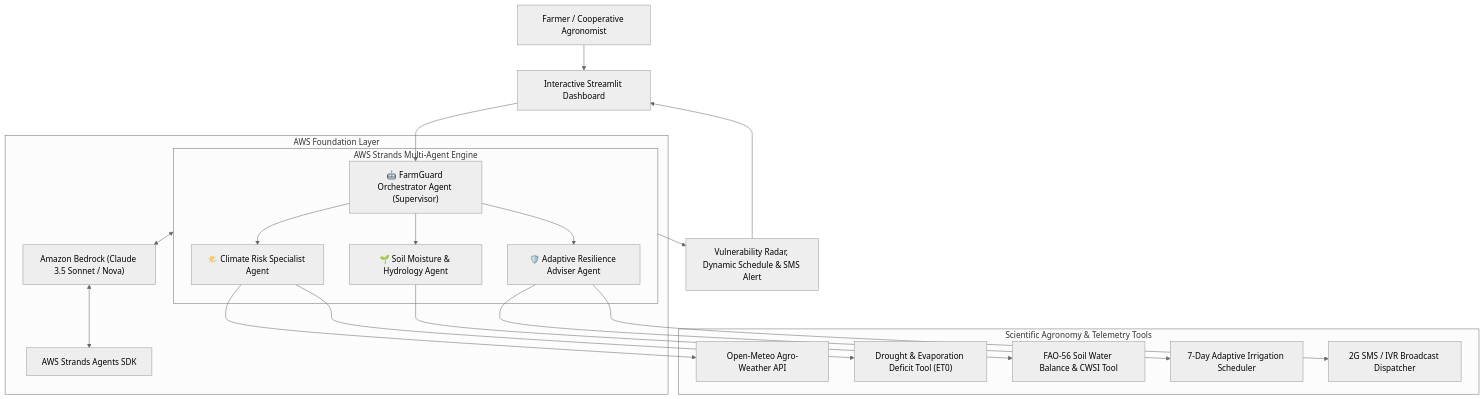
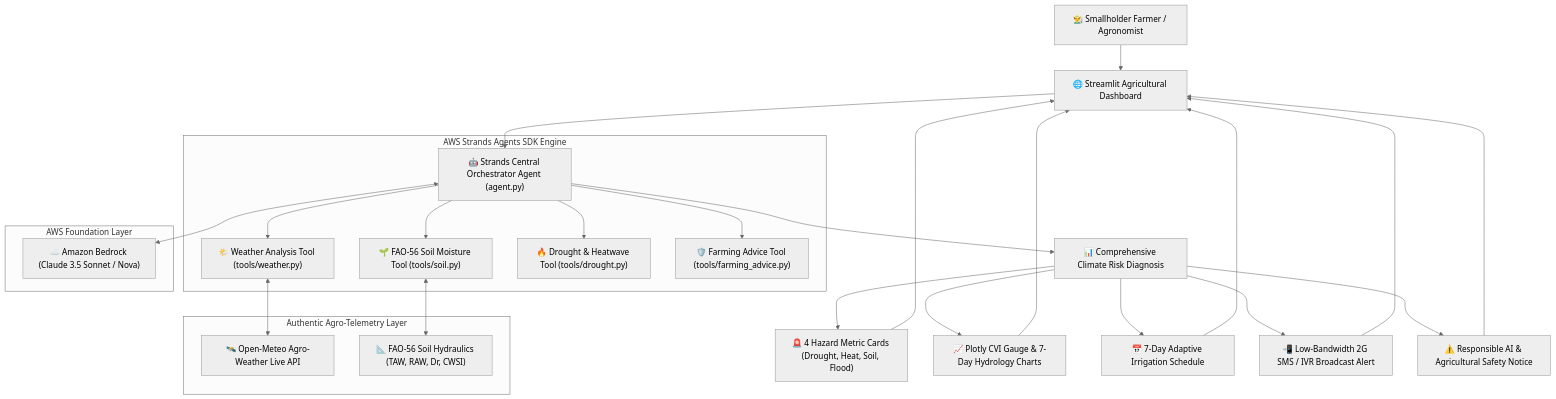
The diagram in README.md (anusha975/FarmGuard-AI-Strands-Agent), drawn with Mermaid (neutral theme) before and after one commit. The commit also changed other lines of this file and 1 other file, not shown here.

Commit message:
docs: finalize comprehensive README.md and security-hardened .gitignore for public release

````diff
--- a/README.md
+++ b/README.md
@@ -25,27 +25,34 @@
 ```mermaid
 flowchart TD
-    User["Farmer / Cooperative Agronomist"] --> UI["Interactive Streamlit Dashboard"]
-    UI --> Orchestrator["🤖 FarmGuard Orchestrator Agent (Supervisor)"]
+    User["👨‍🌾 Smallholder Farmer / Agronomist"] --> UI["🌐 Streamlit Agricultural Dashboard"]
+    UI --> Orchestrator["🤖 Strands Central Orchestrator Agent (agent.py)"]
     
-    subgraph MultiAgentEngine ["AWS Strands Multi-Agent Engine"]
-        Orchestrator --> ClimateAgent["🌤️ Climate Risk Specialist Agent"]
-        Orchestrator --> SoilAgent["🌱 Soil Moisture & Hydrology Agent"]
-        Orchestrator --> AdvisoryAgent["🛡️ Adaptive Resilience Adviser Agent"]
+    subgraph StrandsSDK ["AWS Strands Agents SDK Engine"]
+        Orchestrator --> ToolWeather["🌤️ Weather Analysis Tool (tools/weather.py)"]
+        Orchestrator --> ToolSoil["🌱 FAO-56 Soil Moisture Tool (tools/soil.py)"]
+        Orchestrator --> ToolDrought["🔥 Drought & Heatwave Tool (tools/drought.py)"]
+        Orchestrator --> ToolAdvice["🛡️ Farming Advice Tool (tools/farming_advice.py)"]
     end
     
-    subgraph CustomTools ["Scientific Agronomy & Telemetry Tools"]
-        ClimateAgent --> ToolWeather["Open-Meteo Agro-Weather API"]
-        ClimateAgent --> ToolDrought["Drought & Evaporation Deficit Tool (ET0)"]
-        SoilAgent --> ToolSoil["FAO-56 Soil Water Balance & CWSI Tool"]
-        AdvisoryAgent --> ToolIrrig["7-Day Adaptive Irrigation Scheduler"]
-        AdvisoryAgent --> ToolSMS["2G SMS / IVR Broadcast Dispatcher"]
+    subgraph DataTelemetry ["Authentic Agro-Telemetry Layer"]
+        ToolWeather <--> OpenMeteo["🛰️ Open-Meteo Agro-Weather Live API"]
+        ToolSoil <--> FAOPhysics["📐 FAO-56 Soil Hydraulics (TAW, RAW, Dr, CWSI)"]
     end
-    
+
     subgraph AWSCloud ["AWS Foundation Layer"]
-        MultiAgentEngine <--> Bedrock["Amazon Bedrock (Claude 3.5 Sonnet / Nova)"]
-        Bedrock <--> StrandsSDK["AWS Strands Agents SDK"]
+        Orchestrator <--> Bedrock["☁️ Amazon Bedrock (Claude 3.5 Sonnet / Nova)"]
     end
-    
-    MultiAgentEngine --> Output["Vulnerability Radar, Dynamic Schedule & SMS Alert"]
-    Output --> UI
+
+    Orchestrator --> Synthesis["📊 Comprehensive Climate Risk Diagnosis"]
+    Synthesis --> Cards["🚨 4 Hazard Metric Cards (Drought, Heat, Soil, Flood)"]
+    Synthesis --> Gauges["📈 Plotly CVI Gauge & 7-Day Hydrology Charts"]
+    Synthesis --> Schedule["📅 7-Day Adaptive Irrigation Schedule"]
+    Synthesis --> SMS["📲 Low-Bandwidth 2G SMS / IVR Broadcast Alert"]
+    Synthesis --> Disclaimer["⚠️ Responsible AI & Agricultural Safety Notice"]
+
+    Cards --> UI
+    Gauges --> UI
+    Schedule --> UI
+    SMS --> UI
+    Disclaimer --> UI
 ```
````
